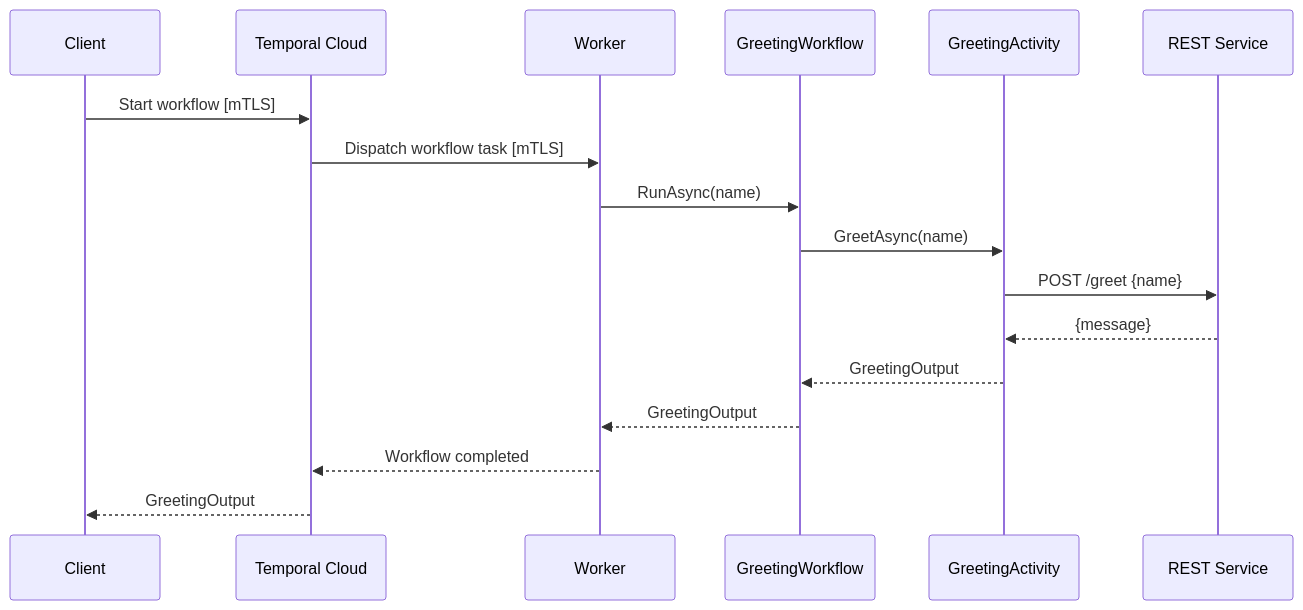
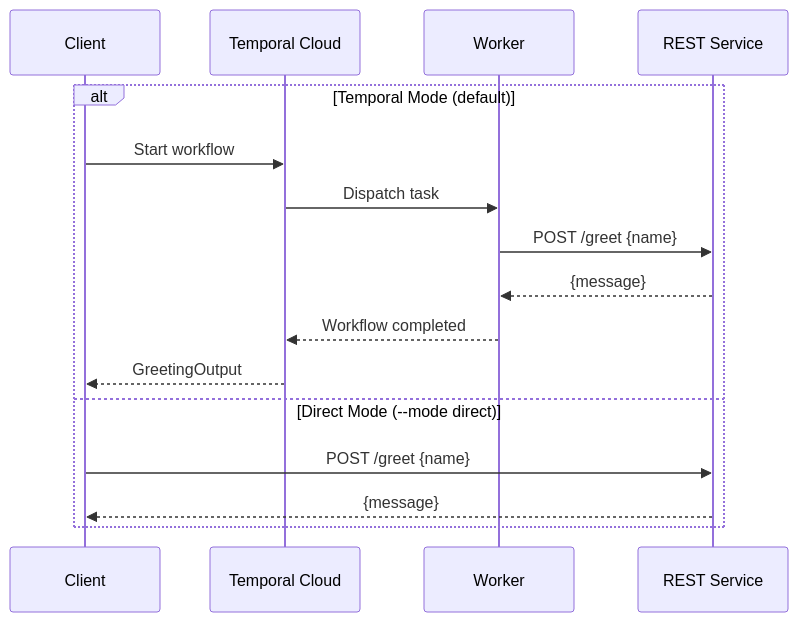
The diagram in README.md (dustinruehle/api-temporal-shim), drawn with Mermaid before and after one commit. The commit also changed other lines of this file, not shown here.

First line of the commit message:
Simplify architecture diagrams into single combined diagram

````diff
--- a/README.md
+++ b/README.md
@@ -58,20 +7,19 @@
 ```mermaid
 sequenceDiagram
     participant Client
     participant Temporal Cloud
     participant Worker
-    participant GreetingWorkflow
-    participant GreetingActivity
     participant REST Service
 
-    Client->>Temporal Cloud: Start workflow [mTLS]
-    Temporal Cloud->>Worker: Dispatch workflow task [mTLS]
-    Worker->>GreetingWorkflow: RunAsync(name)
-    GreetingWorkflow->>GreetingActivity: GreetAsync(name)
-    GreetingActivity->>REST Service: POST /greet {name}
-    REST Service-->>GreetingActivity: {message}
-    GreetingActivity-->>GreetingWorkflow: GreetingOutput
-    GreetingWorkflow-->>Worker: GreetingOutput
-    Worker-->>Temporal Cloud: Workflow completed
-    Temporal Cloud-->>Client: GreetingOutput
+    alt Temporal Mode (default)
+        Client->>Temporal Cloud: Start workflow
+        Temporal Cloud->>Worker: Dispatch task
+        Worker->>REST Service: POST /greet {name}
+        REST Service-->>Worker: {message}
+        Worker-->>Temporal Cloud: Workflow completed
+        Temporal Cloud-->>Client: GreetingOutput
+    else Direct Mode (--mode direct)
+        Client->>REST Service: POST /greet {name}
+        REST Service-->>Client: {message}
+    end
 ```
````
